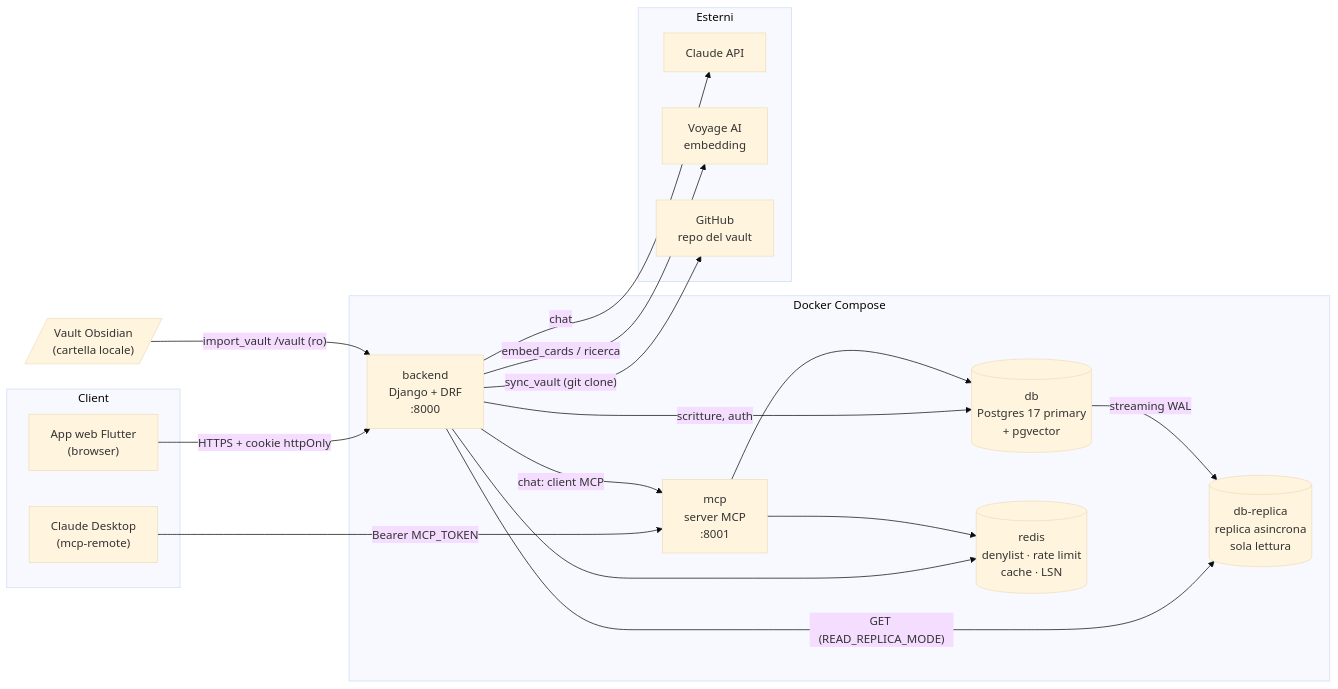
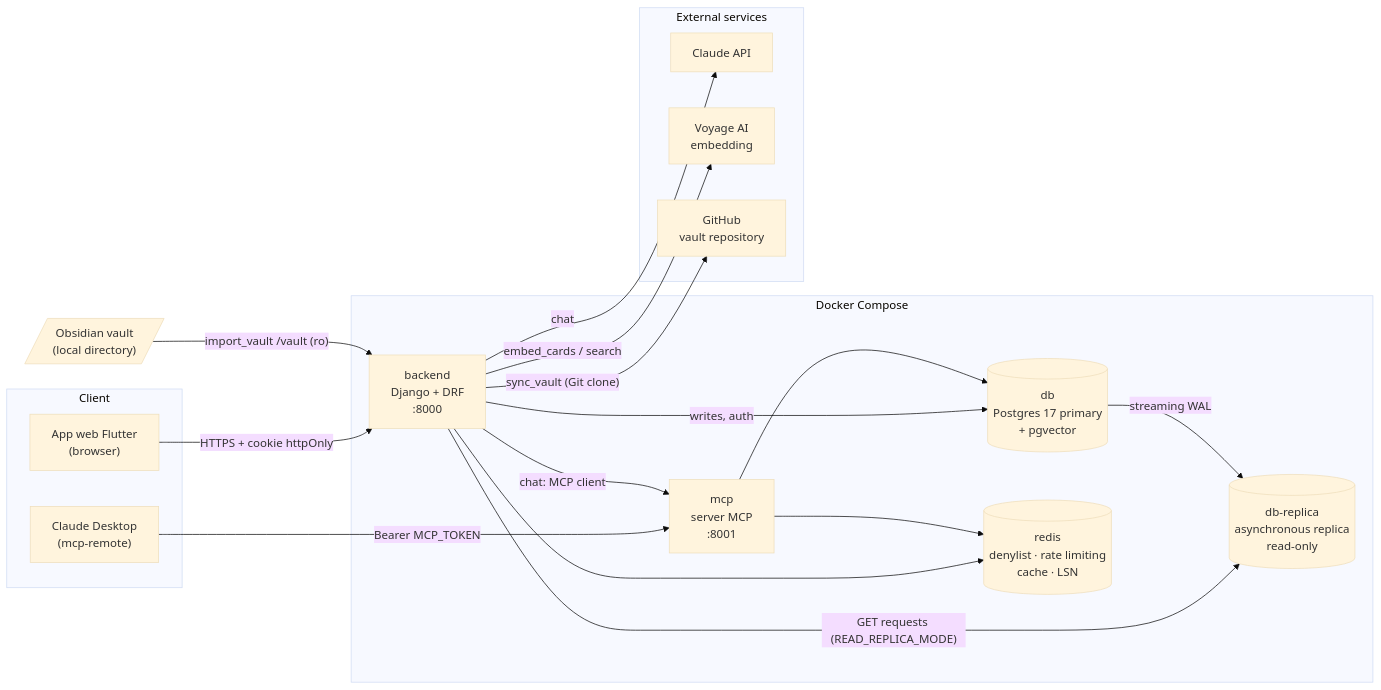
One commit to jackw1-tech/FlashCardApp changed the first of 8 diagrams in README.md. Above: the diagram before and after it, drawn with Mermaid (base theme). The commit also changed other lines of this file, not shown here.

Commit message:
update read me

````diff
--- a/README.md
+++ b/README.md
@@ -86,36 +86,36 @@
 ```mermaid
 flowchart LR
     subgraph Client
         APP["App web Flutter<br/>(browser)"]
         CD["Claude Desktop<br/>(mcp-remote)"]
     end
 
     subgraph Docker Compose
         BE["backend<br/>Django + DRF<br/>:8000"]
         MCP["mcp<br/>server MCP<br/>:8001"]
         PG[("db<br/>Postgres 17 primary<br/>+ pgvector")]
-        RP[("db-replica<br/>replica asincrona<br/>sola lettura")]
-        RD[("redis<br/>denylist · rate limit<br/>cache · LSN")]
+        RP[("db-replica<br/>asynchronous replica<br/>read-only")]
+        RD[("redis<br/>denylist · rate limiting<br/>cache · LSN")]
     end
 
-    subgraph Esterni
+    subgraph External services
         CL["Claude API"]
         VY["Voyage AI<br/>embedding"]
-        GH["GitHub<br/>repo del vault"]
+        GH["GitHub<br/>vault repository"]
     end
-    VAULT[/"Vault Obsidian<br/>(cartella locale)"/]
+    VAULT[/"Obsidian vault<br/>(local directory)"/]
 
     APP -- "HTTPS + cookie httpOnly" --> BE
     CD -- "Bearer MCP_TOKEN" --> MCP
-    BE -- "scritture, auth" --> PG
-    BE -- "GET (READ_REPLICA_MODE)" --> RP
+    BE -- "writes, auth" --> PG
+    BE -- "GET requests (READ_REPLICA_MODE)" --> RP
     PG -- "streaming WAL" --> RP
     BE --> RD
     MCP --> PG
     MCP --> RD
-    BE -- "chat: client MCP" --> MCP
+    BE -- "chat: MCP client" --> MCP
     BE -- "chat" --> CL
-    BE -- "embed_cards / ricerca" --> VY
-    BE -- "sync_vault (git clone)" --> GH
+    BE -- "embed_cards / search" --> VY
+    BE -- "sync_vault (Git clone)" --> GH
     VAULT -- "import_vault /vault (ro)" --> BE
 ```
````
